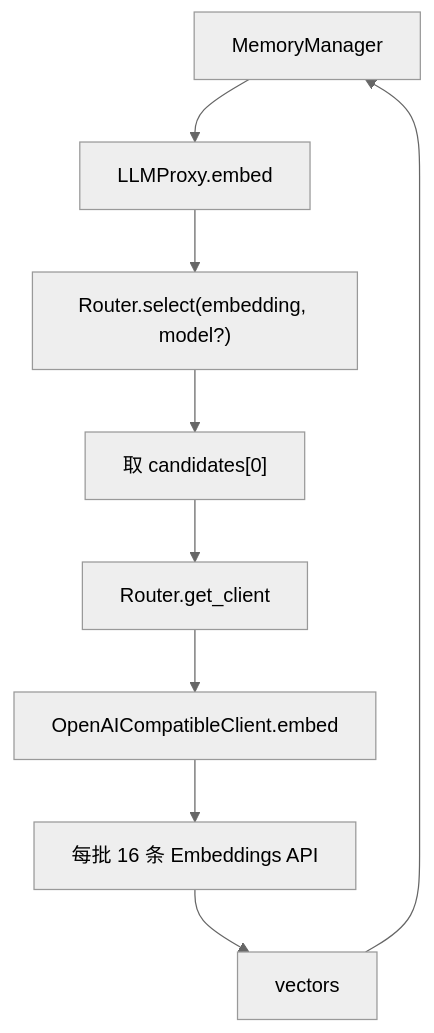
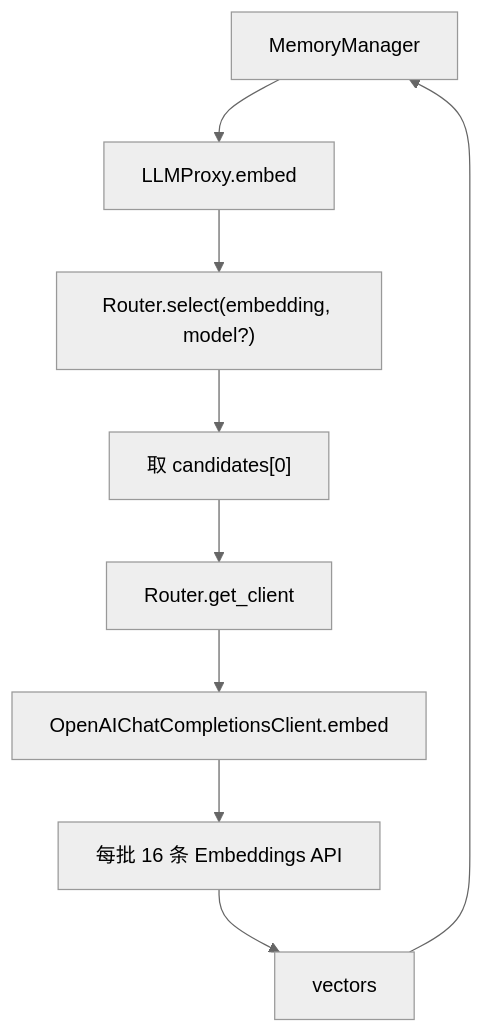
One commit to aandbcct/dotClaw changed diagram 17 of 20 in docs/wiki/LLM 模块总体说明.md. Above: the diagram before and after it, drawn with Mermaid (neutral theme). The commit also changed other lines of this file and 15 other files, not shown here.

````diff
--- a/docs/wiki/LLM 模块总体说明.md
+++ b/docs/wiki/LLM 模块总体说明.md
@@ -1612,11 +1593,11 @@
 ```mermaid
 flowchart TD
     Memory["MemoryManager"] --> Proxy["LLMProxy.embed"]
     Proxy --> Select["Router.select(embedding, model?)"]
     Select --> First["取 candidates[0]"]
     First --> Client["Router.get_client"]
-    Client --> Batch["OpenAICompatibleClient.embed"]
+    Client --> Batch["OpenAIChatCompletionsClient.embed"]
     Batch --> API["每批 16 条 Embeddings API"]
     API --> Vectors["vectors"]
     Vectors --> Memory
 ```
````
